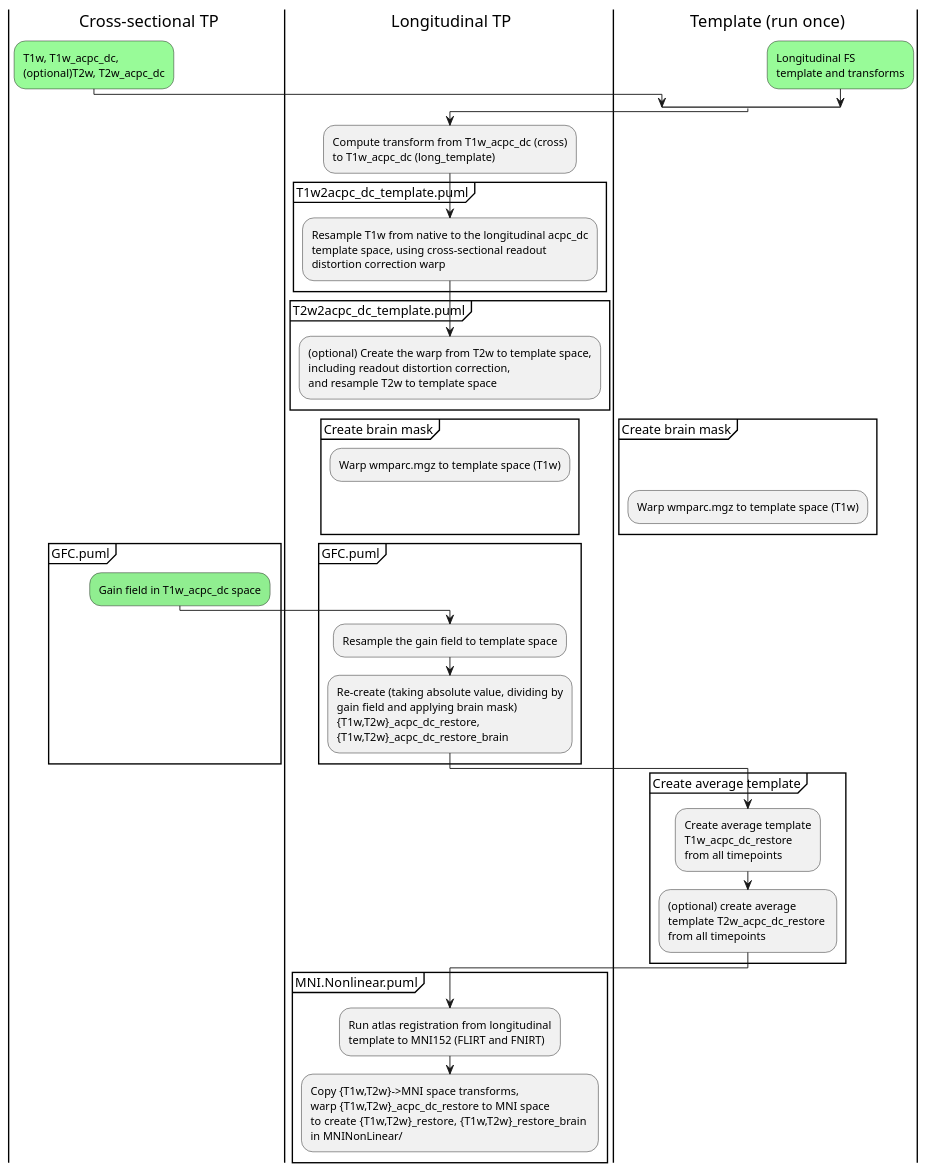
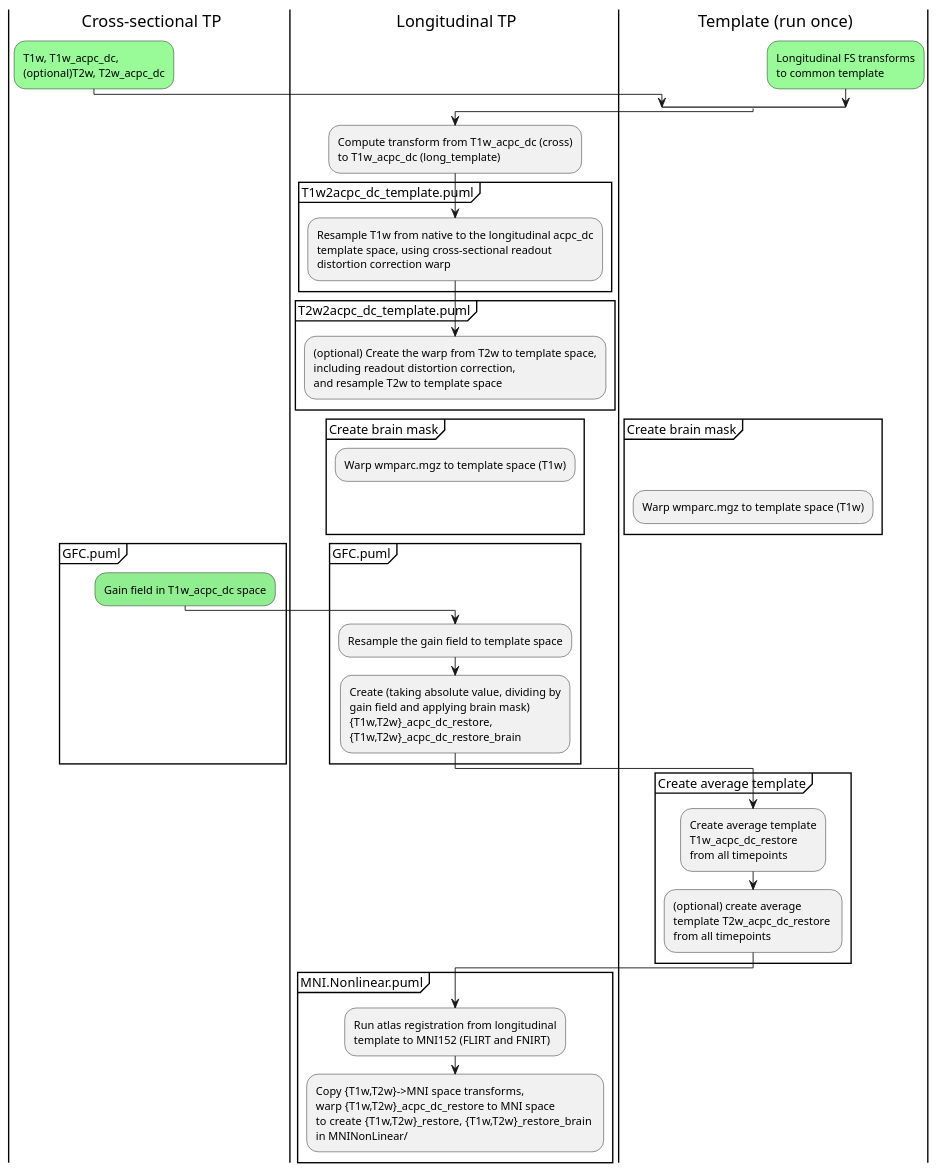
Before and after one commit to Washington-University/HCPpipelines: the diagram in docs/diagrams/src/PrePostFreesurferPipeline-long.GeneralScheme.puml, drawn with PlantUML. The commit also changed 2 other files, not shown here.

Commit message:
+copy acpc_dc_restore to acpc_dc +Fix T2w detection in CreateMyelinMaps in longitudinal case +GeneralScheme.puml update

```diff
--- a/docs/diagrams/src/PrePostFreesurferPipeline-long.GeneralScheme.puml
+++ b/docs/diagrams/src/PrePostFreesurferPipeline-long.GeneralScheme.puml
@@ -1,68 +1,68 @@
 @startuml PrePostFreesurferPipeline-long general scheme
 
 |c| Cross-sectional TP
 |p| Longitudinal TP
 |t| Template (run once)
 
 |c|
 split
 -[hidden]->
 #palegreen:T1w, T1w_acpc_dc,
 (optional)T2w, T2w_acpc_dc;
 split again
 |t|
 -[hidden]->
-#palegreen:Longitudinal FS
-template and transforms;
+#palegreen:Longitudinal FS transforms 
+to common template;
 end split
 |p|
 :Compute transform from T1w_acpc_dc (cross) 
 to T1w_acpc_dc (long_template);
 group T1w2acpc_dc_template.puml
 :Resample T1w from native to the longitudinal acpc_dc 
 template space, using cross-sectional readout 
 distortion correction warp;
 end group
 group T2w2acpc_dc_template.puml
 :(optional) Create the warp from T2w to template space, 
 including readout distortion correction, 
 and resample T2w to template space;
 end group
 group Create brain mask
 -[hidden]->
 :Warp wmparc.mgz to template space (T1w);
 |t|
 -[hidden]->
 :Warp wmparc.mgz to template space (T1w);
 end group
 group GFC.puml
 |c|
 -[hidden]->
 #lightgreen:Gain field in T1w_acpc_dc space;
 |p|
 :Resample the gain field to template space;
-:Re-create (taking absolute value, dividing by 
+:Create (taking absolute value, dividing by 
 gain field and applying brain mask)
 {T1w,T2w}_acpc_dc_restore, 
 {T1w,T2w}_acpc_dc_restore_brain;
 end group
 |t|
 group Create average template
 :Create average template 
 T1w_acpc_dc_restore
 from all timepoints;
 :(optional) create average 
 template T2w_acpc_dc_restore 
 from all timepoints;
 end group
 |p|
 group MNI.Nonlinear.puml
 :Run atlas registration from longitudinal
 template to MNI152 (FLIRT and FNIRT);
 |p|
 :Copy {T1w,T2w}->MNI space transforms,
 warp {T1w,T2w}_acpc_dc_restore to MNI space
 to create {T1w,T2w}_restore, {T1w,T2w}_restore_brain 
 in MNINonLinear/;
 end group
 @enduml
```
